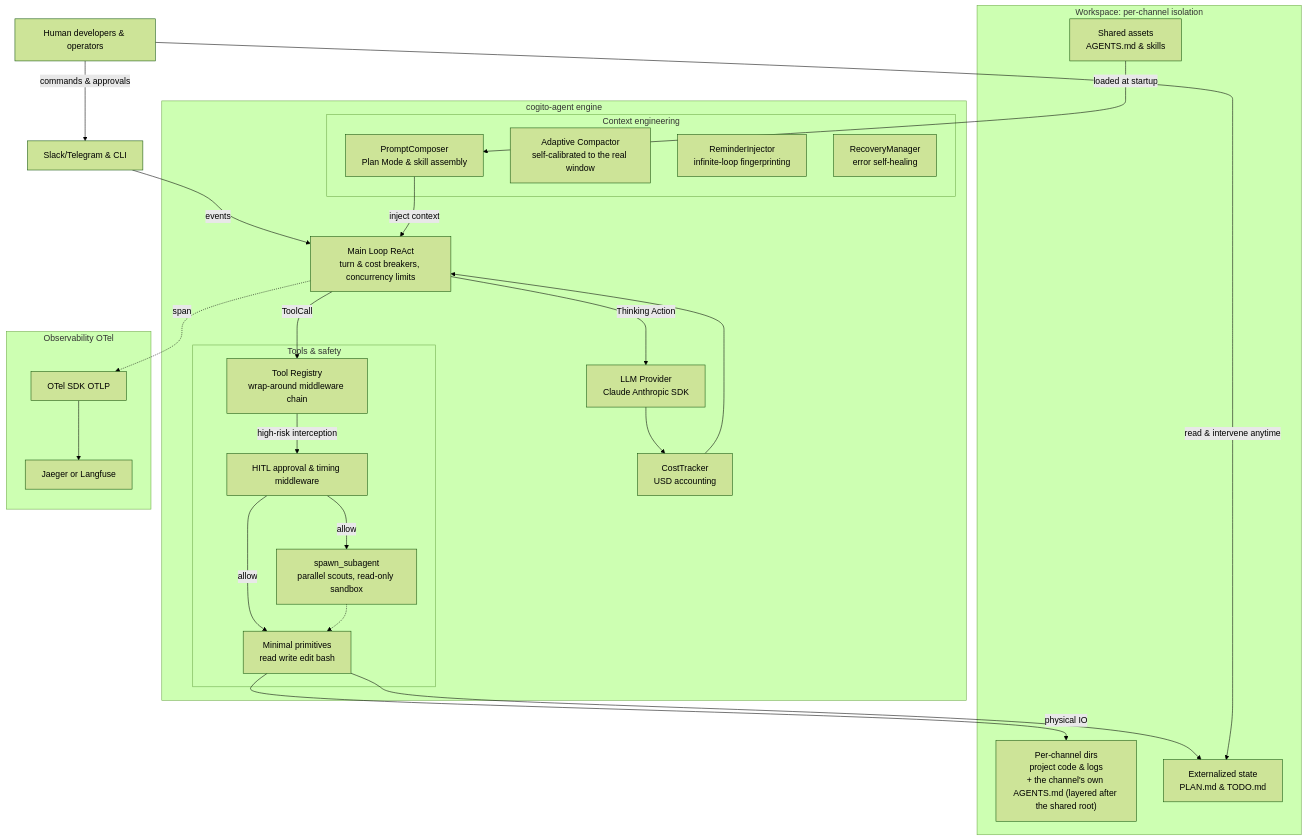
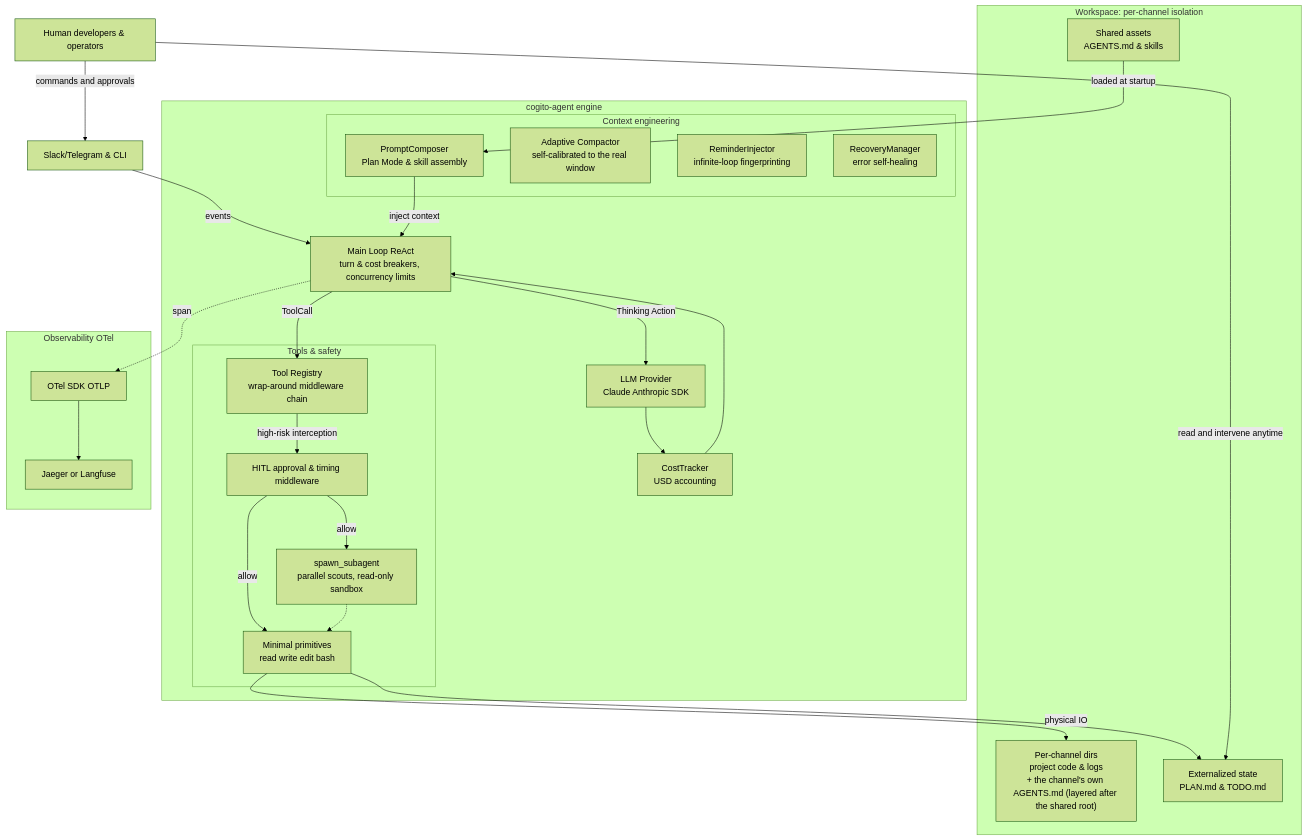
One commit to SIMPLYBOYS/cogito-agent changed the first of 2 diagrams in README.md. Above: the diagram before and after it, drawn with Mermaid (forest theme). The commit also changed other lines of this file, not shown here.

First line of the commit message:
fix(docs): 英文版 mermaid 邊標籤的半形括號炸掉 GitHub 渲染

````diff
--- a/README.md
+++ b/README.md
@@ -83,54 +83,54 @@
 ```mermaid
 flowchart TB
   HUMAN["Human developers & operators"]
   IM["Slack/Telegram & CLI"]
 
   subgraph ENGINE["cogito-agent engine"]
     LLM["LLM Provider<br/>Claude Anthropic SDK"]
     COST["CostTracker<br/>USD accounting"]
     LOOP["Main Loop ReAct<br/>turn & cost breakers, concurrency limits"]
 
     subgraph CTX["Context engineering"]
       COMPOSER["PromptComposer<br/>Plan Mode & skill assembly"]
       COMPACT["Adaptive Compactor<br/>self-calibrated to the real window"]
       REMIND["ReminderInjector<br/>infinite-loop fingerprinting"]
       RECOVER["RecoveryManager<br/>error self-healing"]
     end
 
     subgraph TZ["Tools & safety"]
       REG["Tool Registry<br/>wrap-around middleware chain"]
       MW["HITL approval & timing middleware"]
       PRIM["Minimal primitives<br/>read write edit bash"]
       SUB["spawn_subagent<br/>parallel scouts, read-only sandbox"]
     end
   end
 
   subgraph WS["Workspace: per-channel isolation"]
     ASSETS["Shared assets<br/>AGENTS.md & skills"]
     PROJ["Per-channel dirs<br/>project code & logs<br/>+ the channel's own AGENTS.md (layered after the shared root)"]
     STATE["Externalized state<br/>PLAN.md & TODO.md"]
   end
 
   subgraph OBS["Observability OTel"]
     OTEL["OTel SDK OTLP"]
     BACKEND["Jaeger or Langfuse"]
   end
 
-  HUMAN -->|commands & approvals| IM
+  HUMAN -->|commands and approvals| IM
   IM -->|events| LOOP
   COMPOSER -->|inject context| LOOP
   LOOP -->|Thinking Action| LLM
   LLM --> COST
   COST --> LOOP
   LOOP -->|ToolCall| REG
   REG -->|high-risk interception| MW
   MW -->|allow| PRIM
   MW -->|allow| SUB
   SUB -.-> PRIM
   ASSETS -->|loaded at startup| COMPOSER
   PRIM -->|physical IO| PROJ
   PRIM --> STATE
-  HUMAN -->|read & intervene anytime| STATE
+  HUMAN -->|read and intervene anytime| STATE
   LOOP -.->|span| OTEL
   OTEL --> BACKEND
 ```
````
